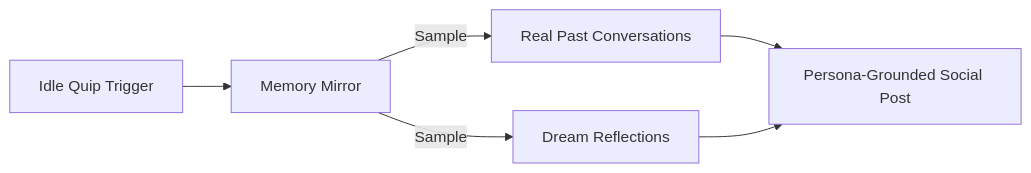
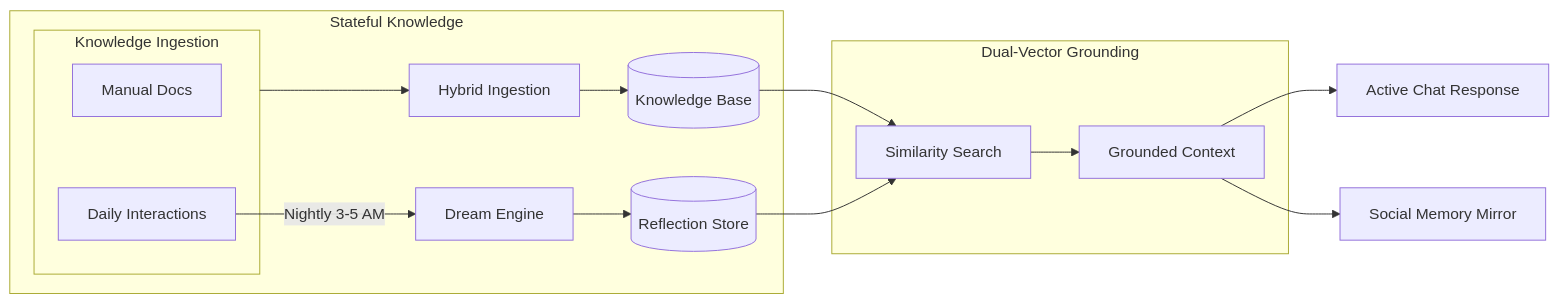
Before and after one commit to Ekco-S64QTN6/Kaiacord: the second of 3 diagrams in README.md, drawn with Mermaid. The commit also changed other lines of this file and 131 other files, not shown here.

````diff
--- a/README.md
+++ b/README.md
@@ -126,8 +104,25 @@
 ```mermaid
 graph LR
-    Trigger[Idle Quip Trigger] --> Mirror[Memory Mirror]
-    Mirror -->|Sample| Memories[Real Past Conversations]
-    Mirror -->|Sample| Reflections[Dream Reflections]
-    Memories --> Post[Persona-Grounded Social Post]
-    Reflections --> Post
+    subgraph Source ["Knowledge Ingestion"]
+        Docs[Manual Docs]
+        Logs[Daily Interactions]
+    end
+
+    subgraph Storage ["Stateful Knowledge"]
+        Source --> Pipeline[Hybrid Ingestion]
+        Pipeline --> KB[(Knowledge Base)]
+        
+        Logs --"Nightly 3-5 AM"--> Dream[Dream Engine]
+        Dream --> Reflections[(Reflection Store)]
+    end
+
+    subgraph Retrieval ["Dual-Vector Grounding"]
+        KB --> RAG[Similarity Search]
+        Reflections --> RAG
+        RAG --> Context[Grounded Context]
+    end
+
+    Context --> Chat[Active Chat Response]
+    Context --> Social[Social Memory Mirror]
+    
 ```
````
